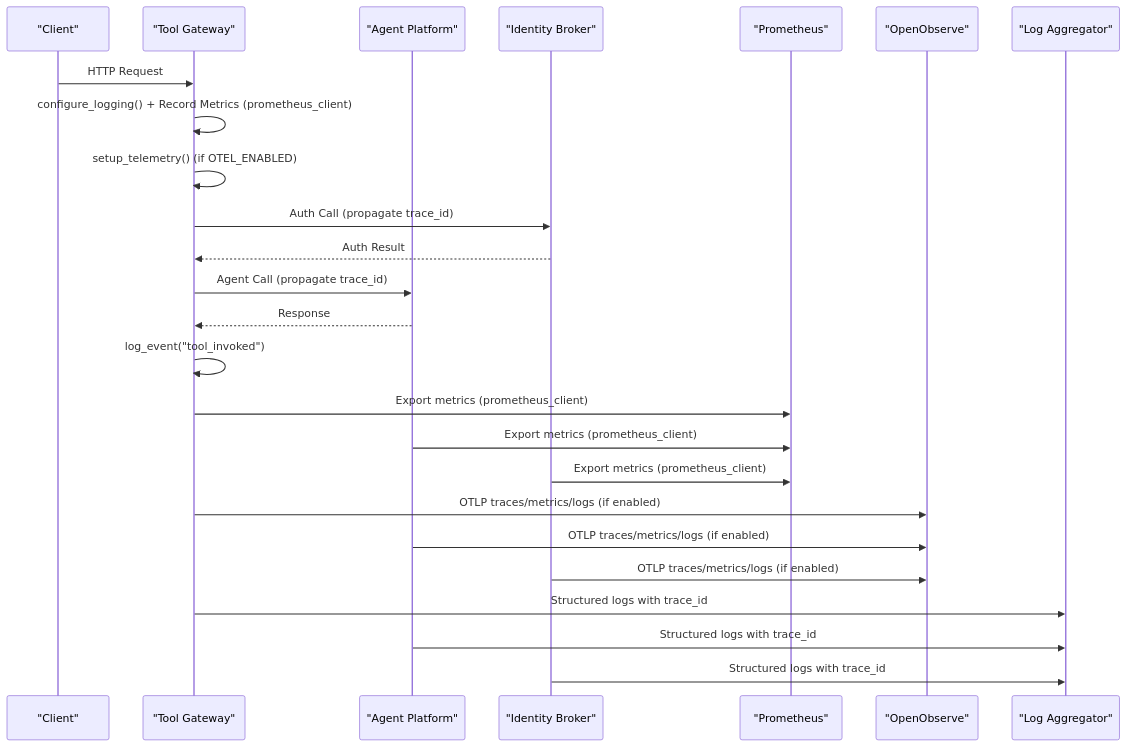
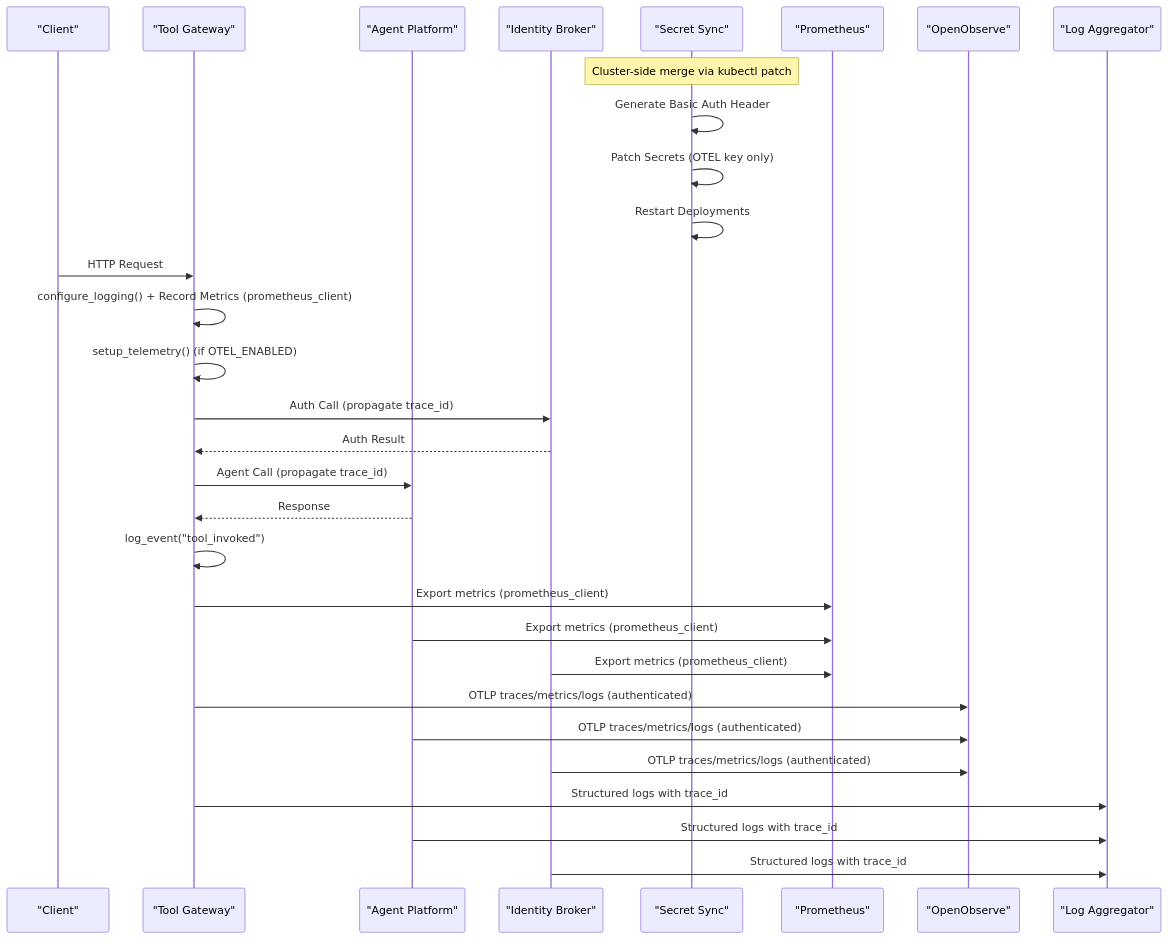
One commit to metasync/luban-aiops changed the second of 11 diagrams in .qoder/repowiki/en/content/Monitoring and Observability/Monitoring and Observability.md. Above: the diagram before and after it, drawn with Mermaid. The commit also changed other lines of this file and 4 other files, not shown here.

````diff
--- a/.qoder/repowiki/en/content/Monitoring and Observability/Monitoring and Observability.md
+++ b/.qoder/repowiki/en/content/Monitoring and Observability/Monitoring and Observability.md
@@ -154,27 +164,32 @@
 ```mermaid
 sequenceDiagram
 participant Client as "Client"
 participant Gateway as "Tool Gateway"
 participant Agent as "Agent Platform"
 participant Identity as "Identity Broker"
+participant SecretSync as "Secret Sync"
 participant Prometheus as "Prometheus"
 participant OpenObserve as "OpenObserve"
 participant Logger as "Log Aggregator"
+Note over SecretSync : Cluster-side merge via kubectl patch
+SecretSync->>SecretSync : Generate Basic Auth Header
+SecretSync->>SecretSync : Patch Secrets (OTEL key only)
+SecretSync->>SecretSync : Restart Deployments
 Client->>Gateway : HTTP Request
 Gateway->>Gateway : configure_logging() + Record Metrics (prometheus_client)
 Gateway->>Gateway : setup_telemetry() (if OTEL_ENABLED)
 Gateway->>Identity : Auth Call (propagate trace_id)
 Identity-->>Gateway : Auth Result
 Gateway->>Agent : Agent Call (propagate trace_id)
 Agent-->>Gateway : Response
 Gateway->>Gateway : log_event("tool_invoked")
 Gateway->>Prometheus : Export metrics (prometheus_client)
 Agent->>Prometheus : Export metrics (prometheus_client)
 Identity->>Prometheus : Export metrics (prometheus_client)
-Gateway->>OpenObserve : OTLP traces/metrics/logs (if enabled)
-Agent->>OpenObserve : OTLP traces/metrics/logs (if enabled)
-Identity->>OpenObserve : OTLP traces/metrics/logs (if enabled)
+Gateway->>OpenObserve : OTLP traces/metrics/logs (authenticated)
+Agent->>OpenObserve : OTLP traces/metrics/logs (authenticated)
+Identity->>OpenObserve : OTLP traces/metrics/logs (authenticated)
 Gateway->>Logger : Structured logs with trace_id
 Agent->>Logger : Structured logs with trace_id
 Identity->>Logger : Structured logs with trace_id
 ```
````
